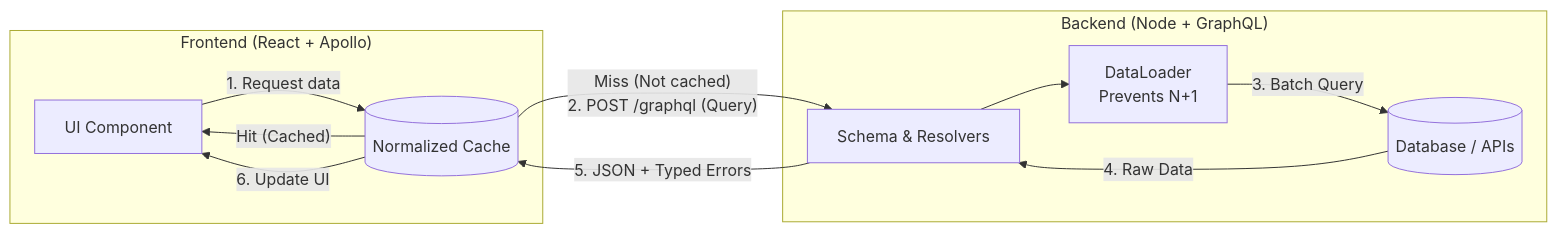
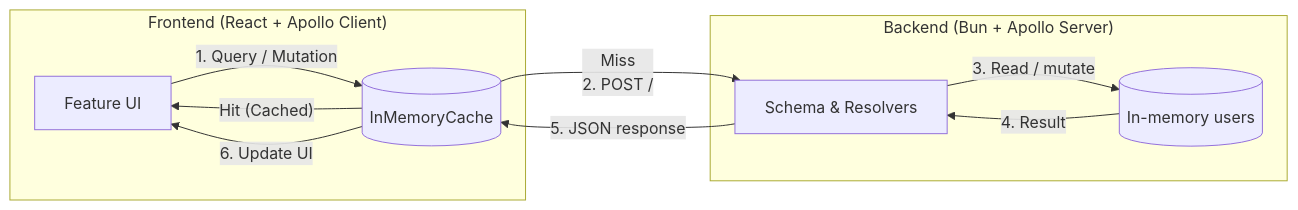
The diagram in README.md (slaveofthecode/react-graphql-ts), drawn with Mermaid before and after one commit. The commit also changed other lines of this file and 12 other files, not shown here.

````diff
--- a/README.md
+++ b/README.md
@@ -16,22 +18,20 @@
 ```mermaid
 flowchart LR
-    subgraph Client ["Frontend (React + Apollo)"]
-        UI[UI Component]
-        Cache[(Normalized Cache)]
+    subgraph Client ["Frontend (React + Apollo Client)"]
+        UI[Feature UI]
+        Cache[(InMemoryCache)]
     end
 
-    subgraph Server ["Backend (Node + GraphQL)"]
+    subgraph Server ["Backend (Bun + Apollo Server)"]
         Schema[Schema & Resolvers]
-        DL[DataLoader<br/>Prevents N+1]
-        DB[(Database / APIs)]
+        Data[(In-memory users)]
     end
 
-    UI -->|1. Request data| Cache
+    UI -->|1. Query / Mutation| Cache
     Cache -- "Hit (Cached)" --> UI
-    Cache -- "Miss (Not cached)<br/>2. POST /graphql (Query)" --> Schema
-    Schema --> DL
-    DL -->|3. Batch Query| DB
-    DB -->|4. Raw Data| Schema
-    Schema -->|5. JSON + Typed Errors| Cache
+    Cache -- "Miss<br/>2. POST /" --> Schema
+    Schema -->|3. Read / mutate| Data
+    Data -->|4. Result| Schema
+    Schema -->|5. JSON response| Cache
     Cache -->|6. Update UI| UI
 ```
````
